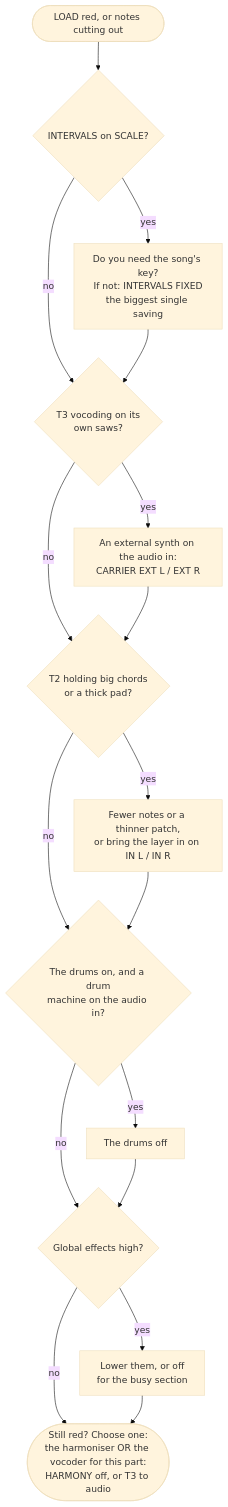
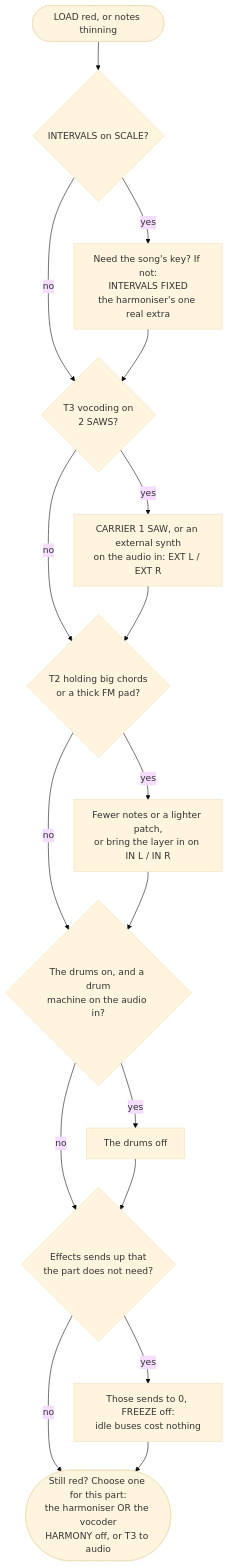
The first of 3 diagrams in HARMONISER.md (MiloMeowzers/sloop-smk37), drawn with Mermaid (base theme) before and after one commit. The commit also changed other lines of this file, not shown here.

Commit message:
docs(harmoniser): A8 load: the measured background (per-core costs, the optimisation history, the SETUP and harmoniser shed counts, what was rejected), the conclusions, the flowchart, and A8.5 routing for lighter and creative patches

````diff
--- a/HARMONISER.md
+++ b/HARMONISER.md
@@ -181,19 +274,19 @@
 ```mermaid
 flowchart TD
-    A([LOAD red, or notes cutting out]) --> B{INTERVALS on SCALE?}
-    B -- yes --> B1[Do you need the song's key?<br/>If not: INTERVALS FIXED<br/>the biggest single saving]
+    A([LOAD red, or notes thinning]) --> B{INTERVALS on SCALE?}
+    B -- yes --> B1[Need the song's key? If not:<br/>INTERVALS FIXED<br/>the harmoniser's one real extra]
     B -- no --> C
-    B1 --> C{T3 vocoding on its<br/>own saws?}
-    C -- yes --> C1[An external synth on the audio in:<br/>CARRIER EXT L / EXT R]
+    B1 --> C{T3 vocoding on<br/>2 SAWS?}
+    C -- yes --> C1[CARRIER 1 SAW, or an external synth<br/>on the audio in: EXT L / EXT R]
     C -- no --> D
-    C1 --> D{T2 holding big chords<br/>or a thick pad?}
-    D -- yes --> D1[Fewer notes or a thinner patch,<br/>or bring the layer in on IN L / IN R]
+    C1 --> D{T2 holding big chords<br/>or a thick FM pad?}
+    D -- yes --> D1[Fewer notes or a lighter patch,<br/>or bring the layer in on IN L / IN R]
     D -- no --> E
     D1 --> E{The drums on, and a drum<br/>machine on the audio in?}
     E -- yes --> E1[The drums off]
     E -- no --> F
-    E1 --> F{Global effects high?}
-    F -- yes --> F1[Lower them, or off<br/>for the busy section]
+    E1 --> F{Effects sends up that<br/>the part does not need?}
+    F -- yes --> F1[Those sends to 0, FREEZE off:<br/>idle buses cost nothing]
     F -- no --> G
-    F1 --> G([Still red? Choose one:<br/>the harmoniser OR the vocoder for this part:<br/>HARMONY off, or T3 to audio])
+    F1 --> G([Still red? Choose one for this part:<br/>the harmoniser OR the vocoder<br/>HARMONY off, or T3 to audio])
 ```
````
